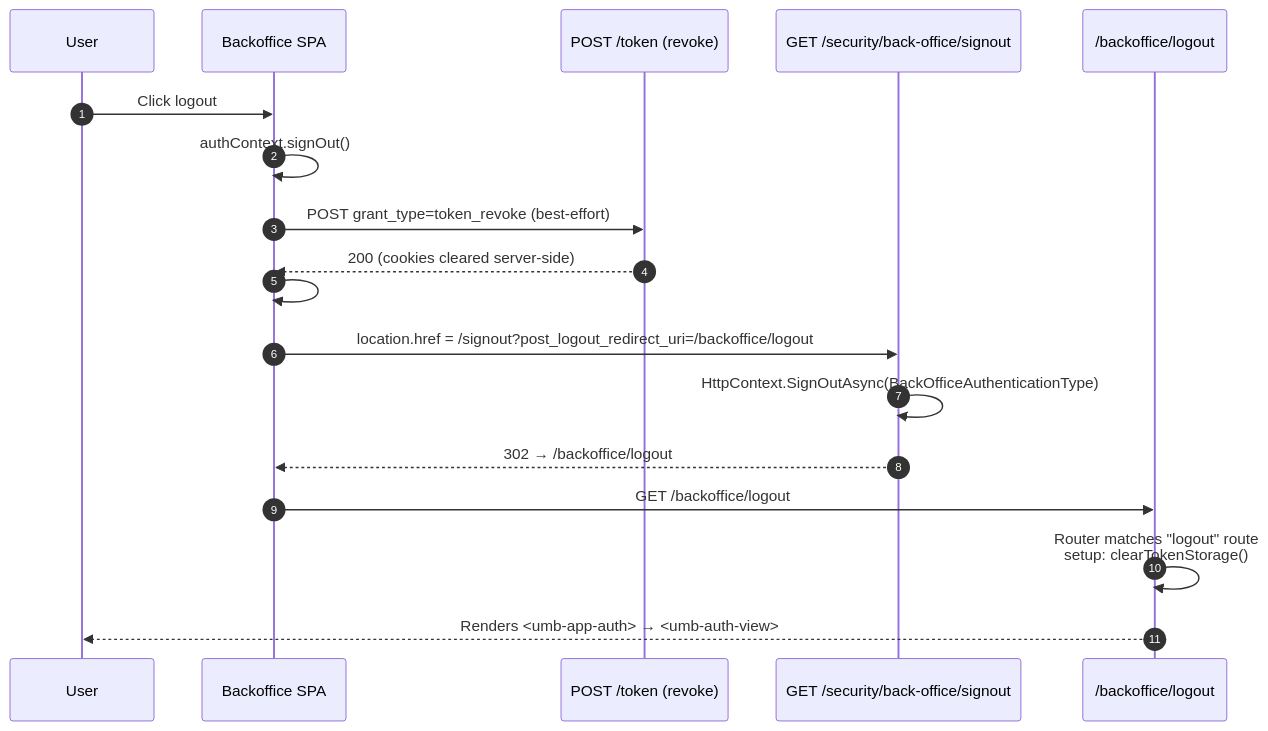
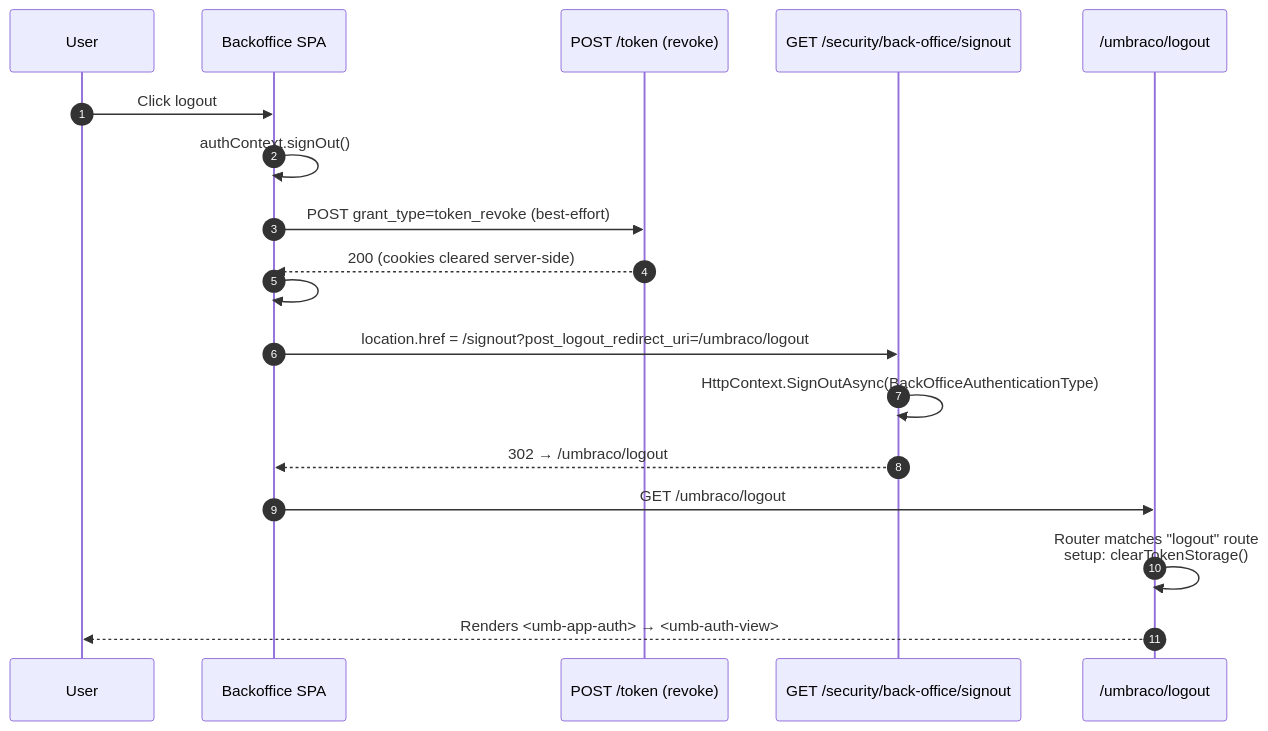
Before and after one commit to tedlindholm/LeLoegin: the second of 4 diagrams in docs/umbraco-login-flow-deep-dive.md, drawn with Mermaid. The commit also changed other lines of this file and 2 other files, not shown here.

Commit message:
Update documentation for Umbraco 18 login flow, including SPA routes and OAuth handling changes

````diff
--- a/docs/umbraco-login-flow-deep-dive.md
+++ b/docs/umbraco-login-flow-deep-dive.md
@@ -401,21 +401,21 @@
 ```mermaid
 sequenceDiagram
     autonumber
     participant U as User
     participant BO as Backoffice SPA
     participant REV as POST /token (revoke)
     participant SO as GET /security/back-office/signout
-    participant LO as /backoffice/logout
+    participant LO as /umbraco/logout
 
     U->>BO: Click logout
     BO->>BO: authContext.signOut()
     BO->>REV: POST grant_type=token_revoke (best-effort)
     REV-->>BO: 200 (cookies cleared server-side)
     BO->>BO: #session=undefined, isAuthorized=false<br/>BroadcastChannel.postMessage({type:"signedOut"})
-    BO->>SO: location.href = /signout?post_logout_redirect_uri=/backoffice/logout
+    BO->>SO: location.href = /signout?post_logout_redirect_uri=/umbraco/logout
     SO->>SO: HttpContext.SignOutAsync(BackOfficeAuthenticationType)
-    SO-->>BO: 302 → /backoffice/logout
-    BO->>LO: GET /backoffice/logout
+    SO-->>BO: 302 → /umbraco/logout
+    BO->>LO: GET /umbraco/logout
     LO->>LO: Router matches "logout" route<br/>setup: clearTokenStorage()
     LO-->>U: Renders <umb-app-auth> → <umb-auth-view>
 ```
````
